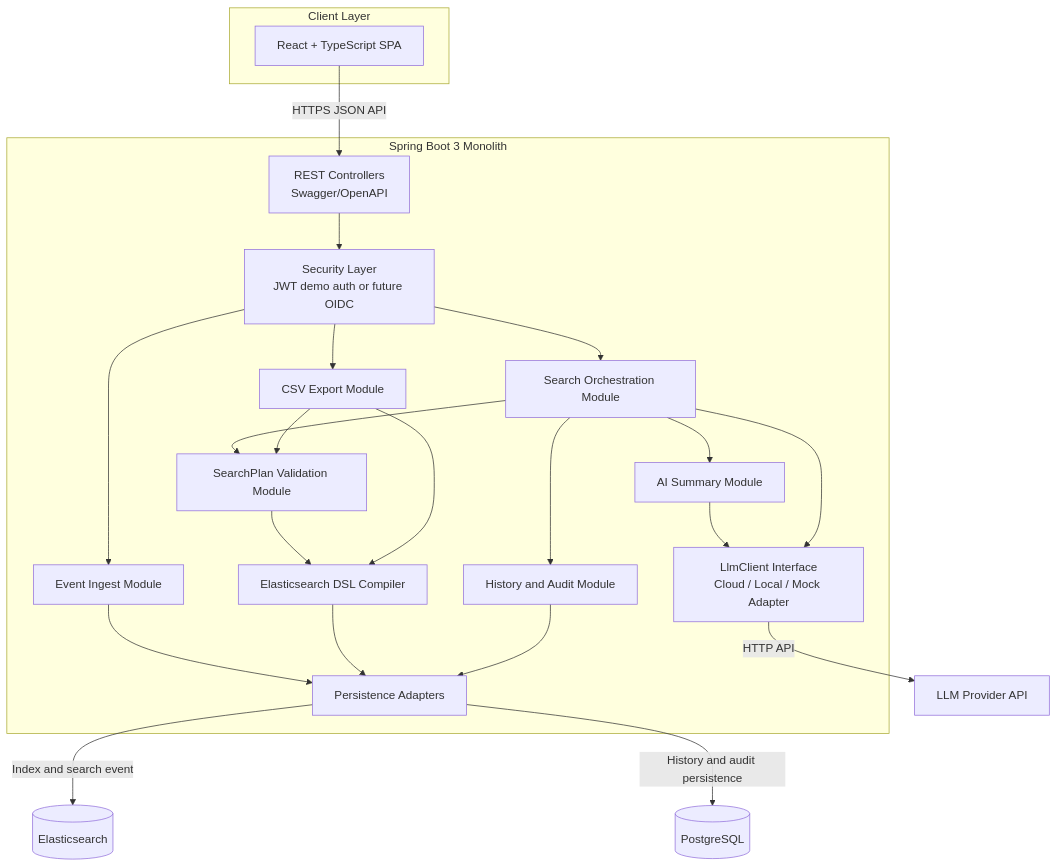
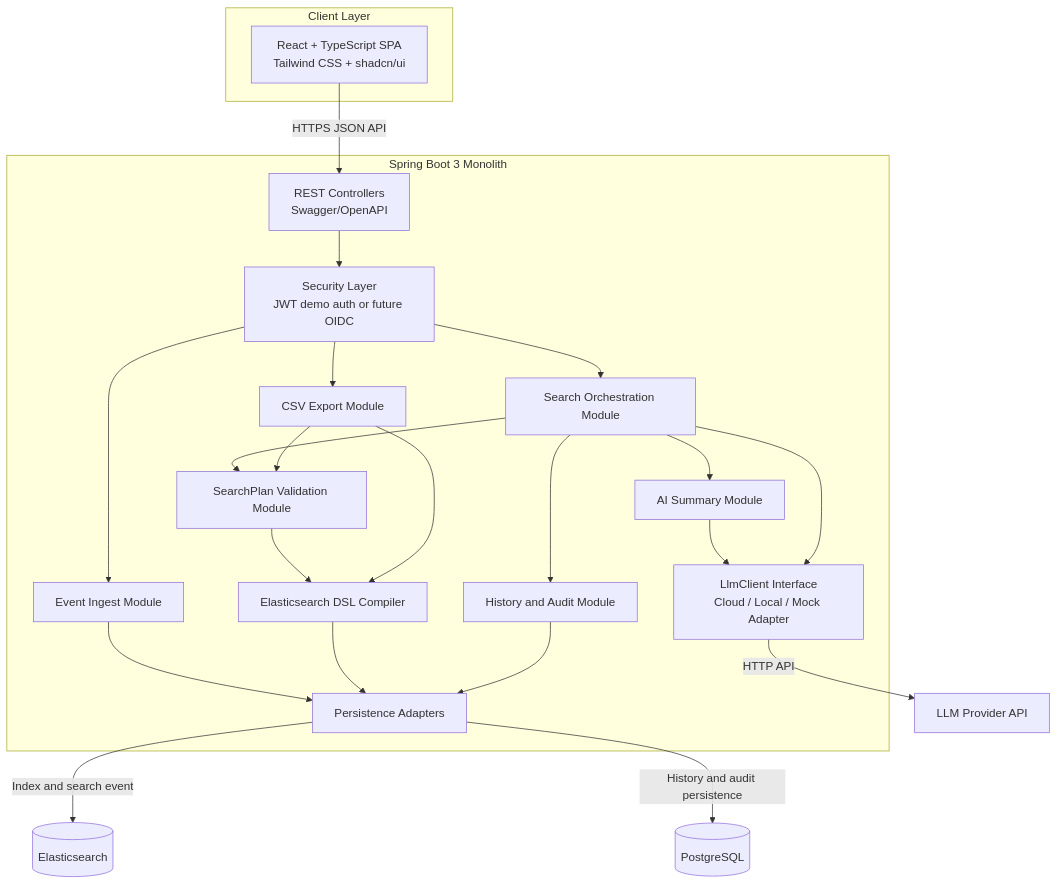
Before and after one commit to PhamVanMinhBinhThuan/soc-ai-search: the second of 7 diagrams in docs/architecture.md, drawn with Mermaid. The commit also changed other lines of this file and 5 other files, not shown here.

Commit message:
feat: decide tailwind CSS & shadcn UI

````diff
--- a/docs/architecture.md
+++ b/docs/architecture.md
@@ -101,45 +101,45 @@
 ```mermaid
 flowchart TB
     subgraph Client["Client Layer"]
-        UI["React + TypeScript SPA"]
+        UI["React + TypeScript SPA<br/>Tailwind CSS + shadcn/ui"]
     end
 
     subgraph Monolith["Spring Boot 3 Monolith"]
         API["REST Controllers<br/>Swagger/OpenAPI"]
         SEC["Security Layer<br/>JWT demo auth or future OIDC"]
         INGEST["Event Ingest Module"]
         SEARCH["Search Orchestration Module"]
         PLAN["SearchPlan Validation Module"]
         DSL["Elasticsearch DSL Compiler"]
         SUMMARY["AI Summary Module"]
         EXPORT["CSV Export Module"]
         AUDIT["History and Audit Module"]
         LLMCLIENT["LlmClient Interface<br/>Cloud / Local / Mock Adapter"]
         REPO["Persistence Adapters"]
 
         API --> SEC
         SEC --> INGEST
         SEC --> SEARCH
         SEC --> EXPORT
         SEARCH --> PLAN
         PLAN --> DSL
         SEARCH --> SUMMARY
         SEARCH --> AUDIT
         SUMMARY --> LLMCLIENT
         SEARCH --> LLMCLIENT
         EXPORT --> PLAN
         EXPORT --> DSL
         INGEST --> REPO
         DSL --> REPO
         AUDIT --> REPO
     end
 
     ES[("Elasticsearch")]
     PG[("PostgreSQL")]
     LLM["LLM Provider API"]
 
     UI -->|"HTTPS JSON API"| API
     REPO -->|"Index and search event"| ES
     REPO -->|"History and audit persistence"| PG
     LLMCLIENT -->|"HTTP API"| LLM
 ```
````
